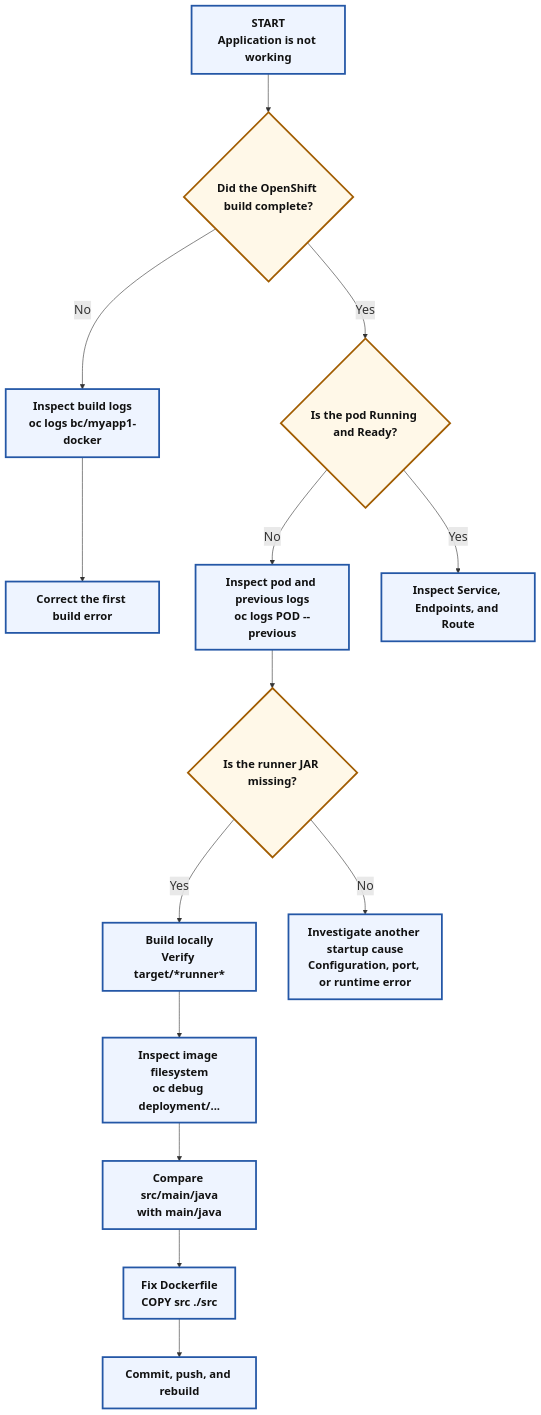
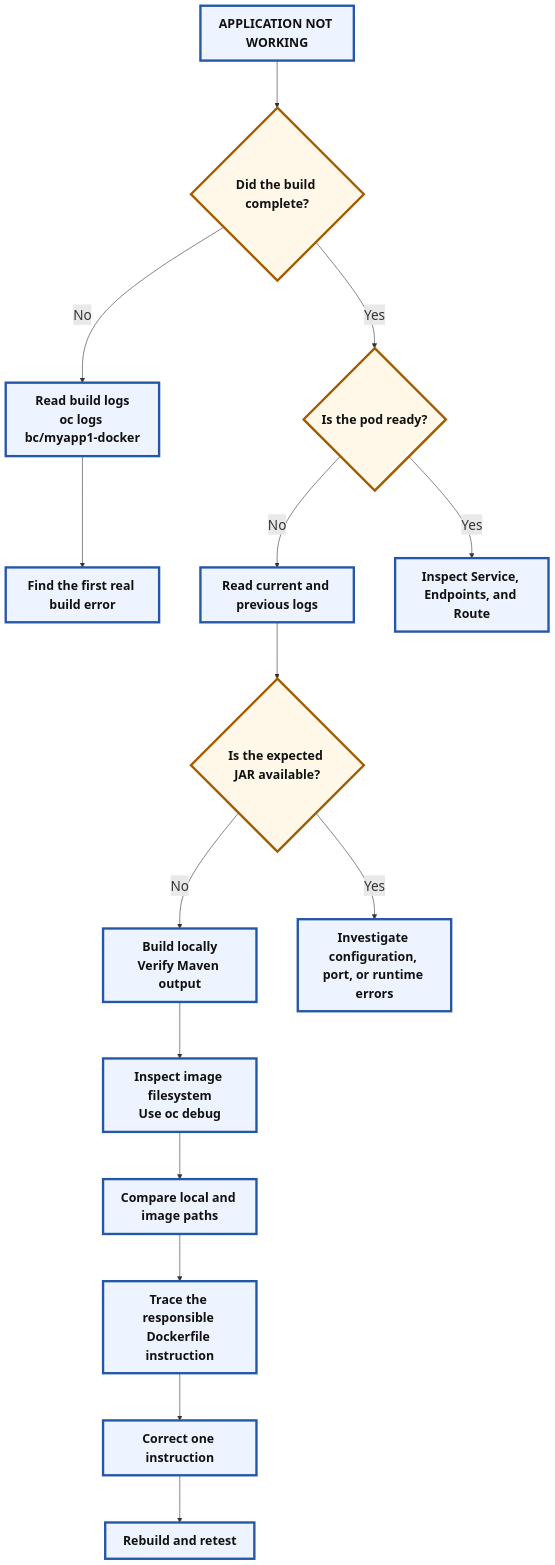
Before and after one commit to anishrana2001/Openshift: the third of 3 diagrams in DO288/V.4.18/01-02-02-docker.md, drawn with Mermaid. The commit also changed other lines of this file, not shown here.

````diff
--- a/DO288/V.4.18/01-02-02-docker.md
+++ b/DO288/V.4.18/01-02-02-docker.md
@@ -873,26 +930,27 @@
 ```mermaid
-%%{init: {"themeVariables": {"fontSize": "21px"}, "flowchart": {"htmlLabels": true, "nodeSpacing": 55, "rankSpacing": 65}}}%%
+%%{init: {"themeVariables": {"fontSize": "23px"}, "flowchart": {"htmlLabels": true, "nodeSpacing": 70, "rankSpacing": 80}}}%%
 flowchart TD
-    A["<b>START</b><br/>Application is not working"] --> B{"<b>Did the OpenShift build complete?</b>"}
+    A["<b>APPLICATION NOT WORKING</b>"] --> B{"<b>Did the build complete?</b>"}
 
-    B -->|No| C["<b>Inspect build logs</b><br/>oc logs bc/myapp1-docker"]
-    C --> D["<b>Correct the first build error</b>"]
+    B -->|No| C["<b>Read build logs</b><br/>oc logs bc/myapp1-docker"]
+    C --> D["<b>Find the first real build error</b>"]
 
-    B -->|Yes| E{"<b>Is the pod Running and Ready?</b>"}
-    E -->|No| F["<b>Inspect pod and previous logs</b><br/>oc logs POD --previous"]
-    F --> G{"<b>Is the runner JAR missing?</b>"}
+    B -->|Yes| E{"<b>Is the pod ready?</b>"}
+    E -->|No| F["<b>Read current and previous logs</b>"]
+    F --> G{"<b>Is the expected JAR available?</b>"}
 
-    G -->|Yes| H["<b>Build locally</b><br/>Verify target/*runner*"]
-    H --> I["<b>Inspect image filesystem</b><br/>oc debug deployment/..."]
-    I --> J["<b>Compare src/main/java<br/>with main/java</b>"]
-    J --> K["<b>Fix Dockerfile</b><br/>COPY src ./src"]
-    K --> L["<b>Commit, push, and rebuild</b>"]
+    G -->|No| H["<b>Build locally</b><br/>Verify Maven output"]
+    H --> I["<b>Inspect image filesystem</b><br/>Use oc debug"]
+    I --> J["<b>Compare local and image paths</b>"]
+    J --> K["<b>Trace the responsible Dockerfile instruction</b>"]
+    K --> L["<b>Correct one instruction</b>"]
+    L --> M["<b>Rebuild and retest</b>"]
 
-    G -->|No| M["<b>Investigate another startup cause</b><br/>Configuration, port, or runtime error"]
-    E -->|Yes| N["<b>Inspect Service, Endpoints, and Route</b>"]
+    G -->|Yes| N["<b>Investigate configuration, port, or runtime errors</b>"]
+    E -->|Yes| O["<b>Inspect Service, Endpoints, and Route</b>"]
 
-    classDef action fill:#eef4ff,stroke:#2457a6,stroke-width:3px,font-size:19px,font-weight:bold,color:#111;
-    classDef decision fill:#fff8e8,stroke:#a15c00,stroke-width:3px,font-size:19px,font-weight:bold,color:#111;
-    class A,C,D,F,H,I,J,K,L,M,N action;
+    classDef process fill:#eef4ff,stroke:#2457a6,stroke-width:4px,font-size:21px,font-weight:bold,color:#111;
+    classDef decision fill:#fff8e8,stroke:#a15c00,stroke-width:4px,font-size:21px,font-weight:bold,color:#111;
+    class A,C,D,F,H,I,J,K,L,M,N,O process;
     class B,E,G decision;
 ```
````
